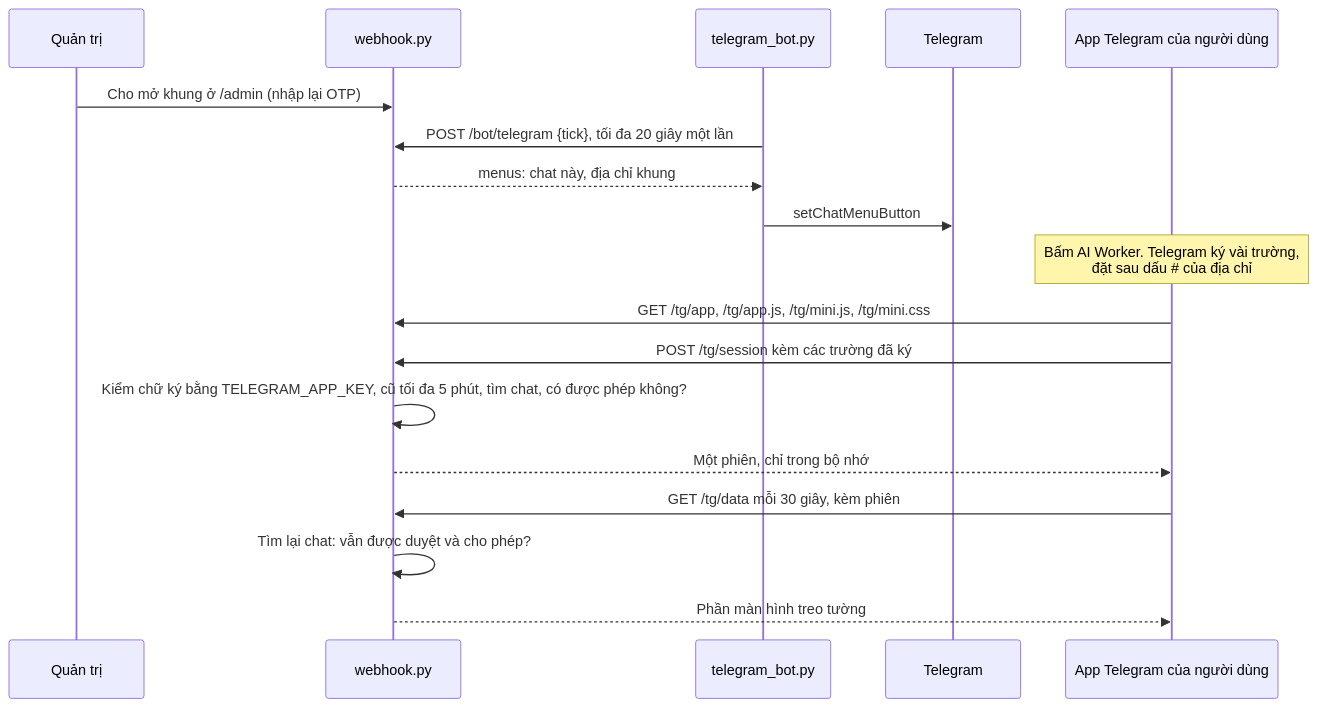
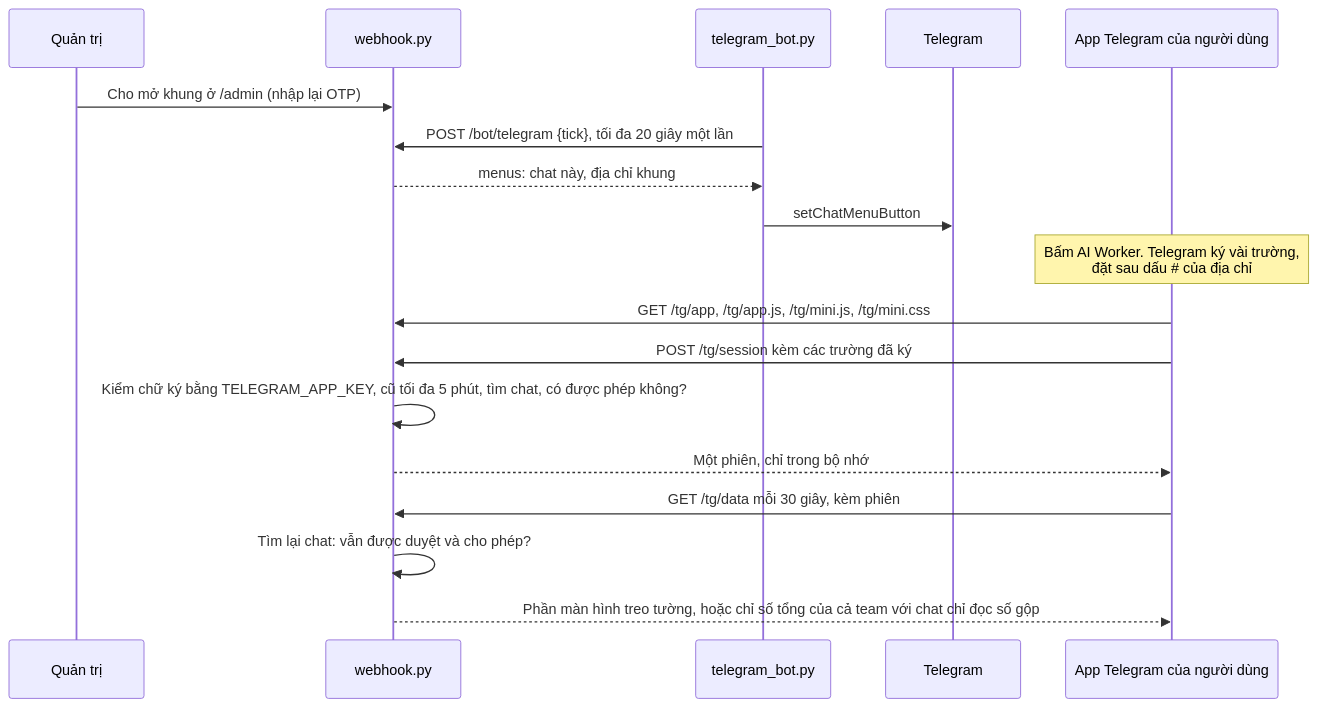
One commit to anhle9x/ai-worker changed the ninth of 12 diagrams in docs/ARCHITECTURE.vi.md. Above: the diagram before and after it, drawn with Mermaid. The commit also changed other lines of this file and 43 other files, not shown here.

````diff
--- a/docs/ARCHITECTURE.vi.md
+++ b/docs/ARCHITECTURE.vi.md
@@ -335,20 +342,20 @@
 ```mermaid
 sequenceDiagram
   participant A as Quản trị
   participant W as webhook.py
   participant B as telegram_bot.py
   participant T as Telegram
   participant P as App Telegram của người dùng
   A->>W: Cho mở khung ở /admin (nhập lại OTP)
   B->>W: POST /bot/telegram {tick}, tối đa 20 giây một lần
   W-->>B: menus: chat này, địa chỉ khung
   B->>T: setChatMenuButton
   Note over P: Bấm AI Worker. Telegram ký vài trường,<br/>đặt sau dấu #35; của địa chỉ
   P->>W: GET /tg/app, /tg/app.js, /tg/mini.js, /tg/mini.css
   P->>W: POST /tg/session kèm các trường đã ký
   W->>W: Kiểm chữ ký bằng TELEGRAM_APP_KEY, cũ tối đa 5 phút, tìm chat, có được phép không?
   W-->>P: Một phiên, chỉ trong bộ nhớ
   P->>W: GET /tg/data mỗi 30 giây, kèm phiên
   W->>W: Tìm lại chat: vẫn được duyệt và cho phép?
-  W-->>P: Phần màn hình treo tường
+  W-->>P: Phần màn hình treo tường, hoặc chỉ số tổng của cả team với chat chỉ đọc số gộp
 ```
````
